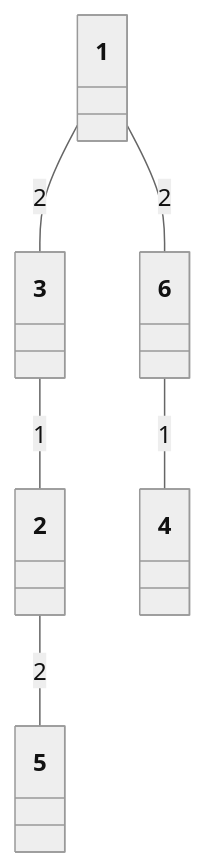
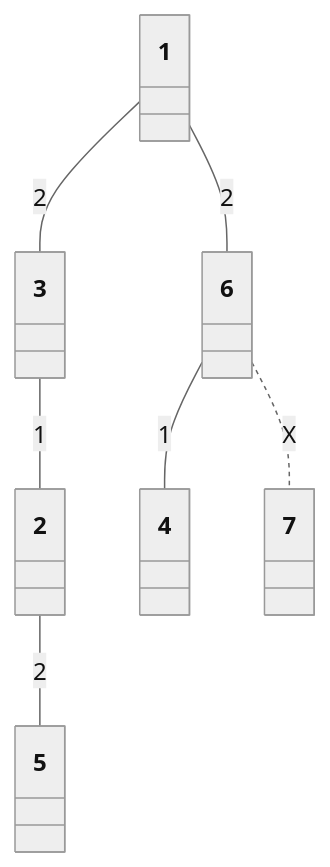
One commit to jhk-im/AlgorithmCollection changed diagram 14 of 14 in ndb/08_graph/test2/README.md. Above: the diagram before and after it, drawn with Mermaid (neutral theme). The commit also changed 5 other files, not shown here.

````diff
--- a/ndb/08_graph/test2/README.md
+++ b/ndb/08_graph/test2/README.md
@@ -426,9 +426,10 @@
 ```mermaid
 classDiagram
 
 1 -- 3 : 2
 3 -- 2 : 1
 2 -- 5 : 2
 1 -- 6 : 2
 6 -- 4 : 1
+6 .. 7 : X
 ```
````
